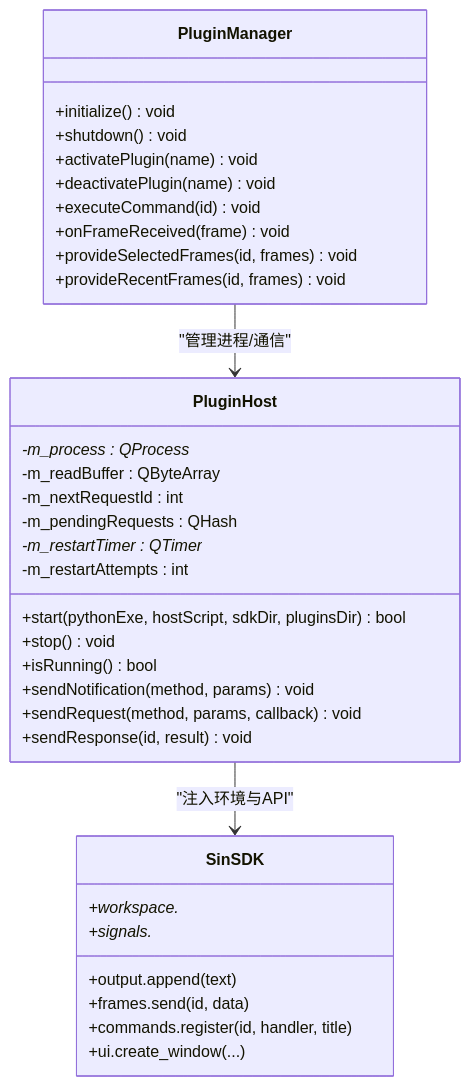
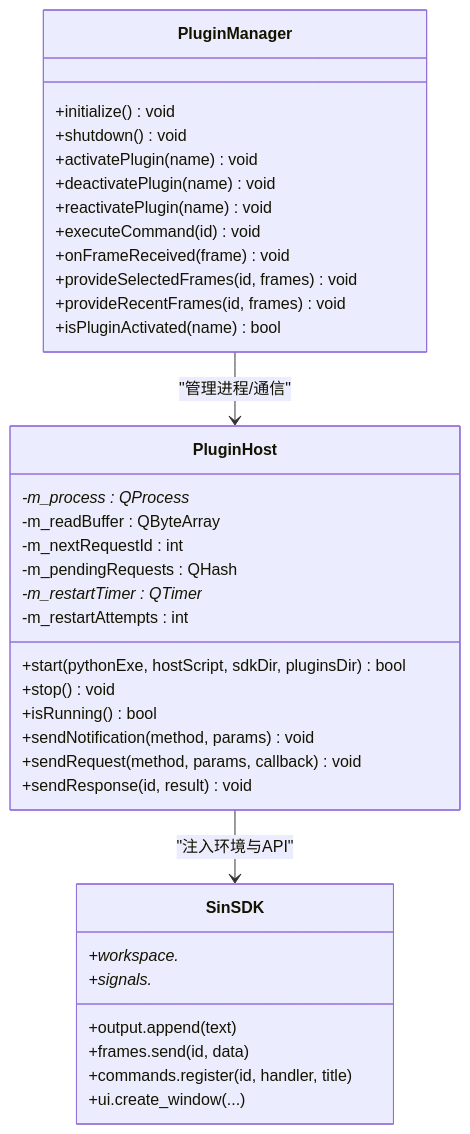
Before and after one commit to jakecai1225-design/OpenBus: the sixth of 9 diagrams in .qoder/repowiki/zh/content/架构设计/插件系统架构/扩展面板系统.md, drawn with Mermaid. The commit also changed other lines of this file and 5 other files, not shown here.

````diff
--- a/.qoder/repowiki/zh/content/架构设计/插件系统架构/扩展面板系统.md
+++ b/.qoder/repowiki/zh/content/架构设计/插件系统架构/扩展面板系统.md
@@ -256,37 +271,39 @@
 ```mermaid
 classDiagram
 class PluginHost {
 +start(pythonExe, hostScript, sdkDir, pluginsDir) bool
 +stop() void
 +isRunning() bool
 +sendNotification(method, params) void
 +sendRequest(method, params, callback) void
 +sendResponse(id, result) void
 -m_process : QProcess*
 -m_readBuffer : QByteArray
 -m_nextRequestId : int
 -m_pendingRequests : QHash<int, function>
 -m_restartTimer : QTimer*
 -m_restartAttempts : int
 }
 class PluginManager {
 +initialize() void
 +shutdown() void
 +activatePlugin(name) void
 +deactivatePlugin(name) void
++reactivatePlugin(name) void
 +executeCommand(id) void
 +onFrameReceived(frame) void
 +provideSelectedFrames(id, frames) void
 +provideRecentFrames(id, frames) void
++isPluginActivated(name) bool
 }
 class SinSDK {
 +output.append(text)
 +frames.send(id, data)
 +commands.register(id, handler, title)
 +workspace.*
 +signals.*
 +ui.create_window(...)
 }
 PluginManager --> PluginHost : "管理进程/通信"
 PluginHost --> SinSDK : "注入环境与API"
 ```
````
